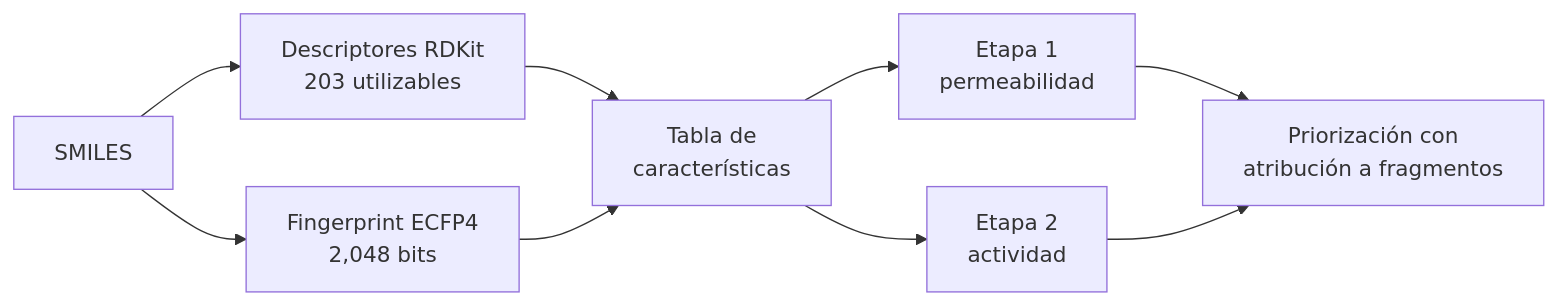
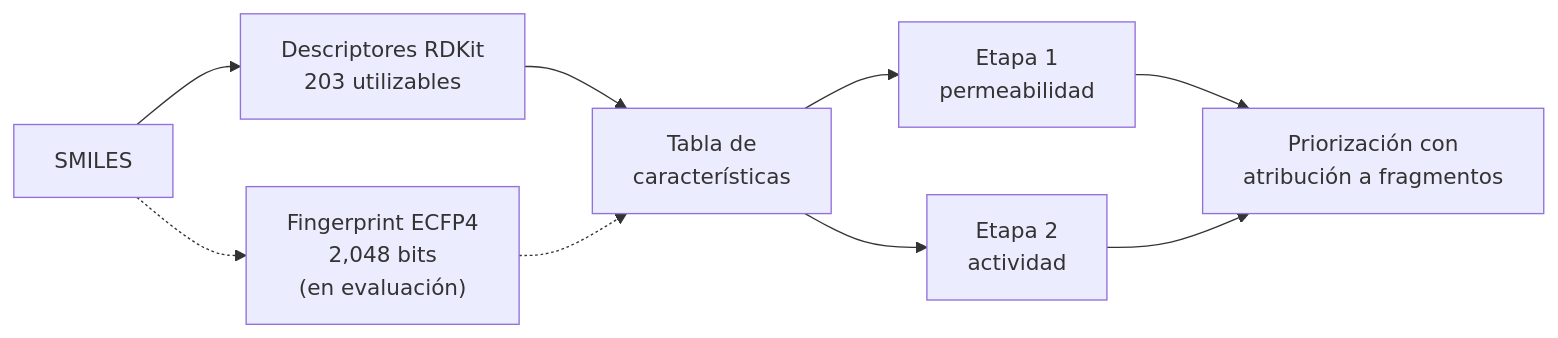
Before and after one commit to AntonioVazquezMartinez/Bioactive-AI: the diagram in presentacion.qmd, drawn with Mermaid. The commit also changed other lines of this file and 1 other file, not shown here.

First paragraph of the commit message:
docs: El 03 dice de dónde sale cada cifra, y la presentación separa la decisión de lo que corrió
Tres incoherencias internas, cada una entre lo que un documento afirma y lo que el repo sostiene.

````diff
--- a/presentacion.qmd
+++ b/presentacion.qmd
@@ -76,13 +76,13 @@
 ```{mermaid}
 %%| fig-width: 11
 %%{init: {"themeVariables": {"fontFamily": "Helvetica, Arial, sans-serif", "fontSize": "16px"}}}%%
 flowchart LR
     A["SMILES"] --> B["Descriptores RDKit<br/>203 utilizables"]
-    A --> C["Fingerprint ECFP4<br/>2,048 bits"]
+    A -.-> C["Fingerprint ECFP4<br/>2,048 bits<br/>(en evaluación)"]
     B --> D["Tabla de<br/>características"]
-    C --> D
+    C -.-> D
     D --> E["Etapa 1<br/>permeabilidad"]
     D --> F["Etapa 2<br/>actividad"]
     E --> G["Priorización con<br/>atribución a fragmentos"]
     F --> G
 ```
````
